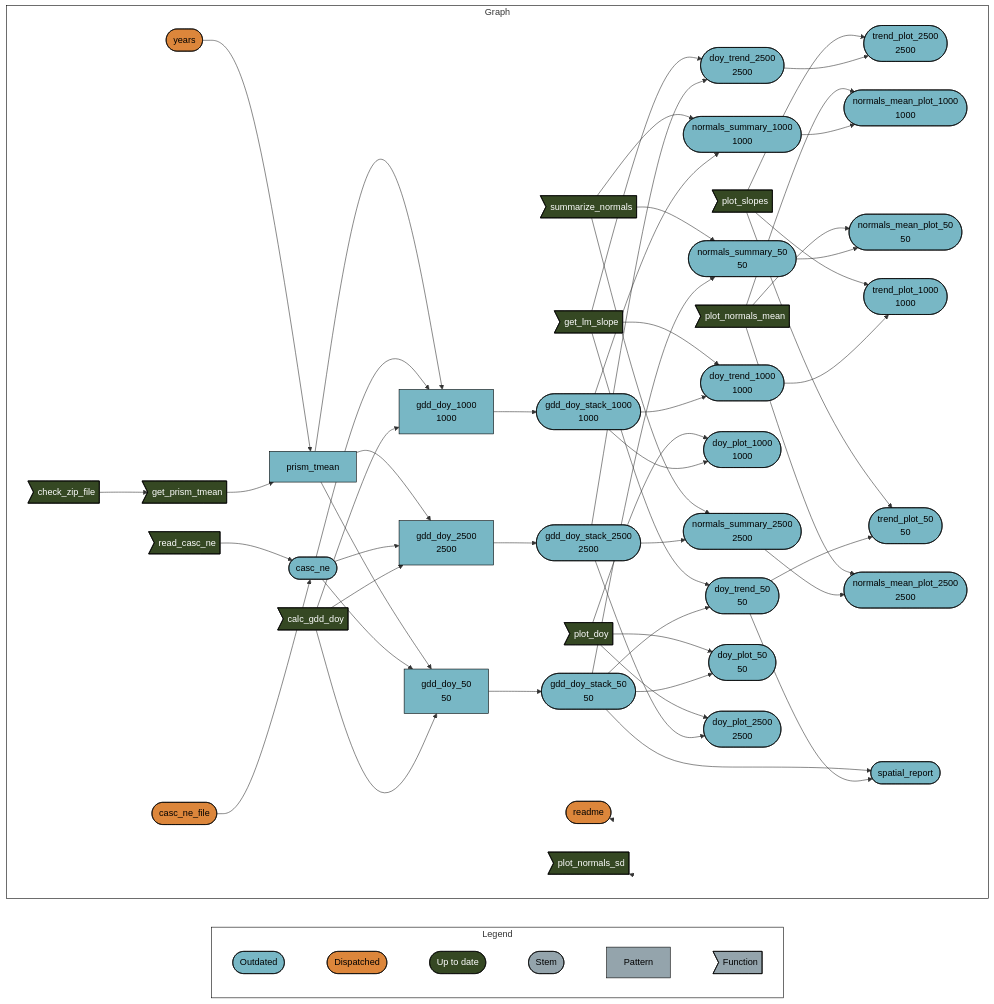
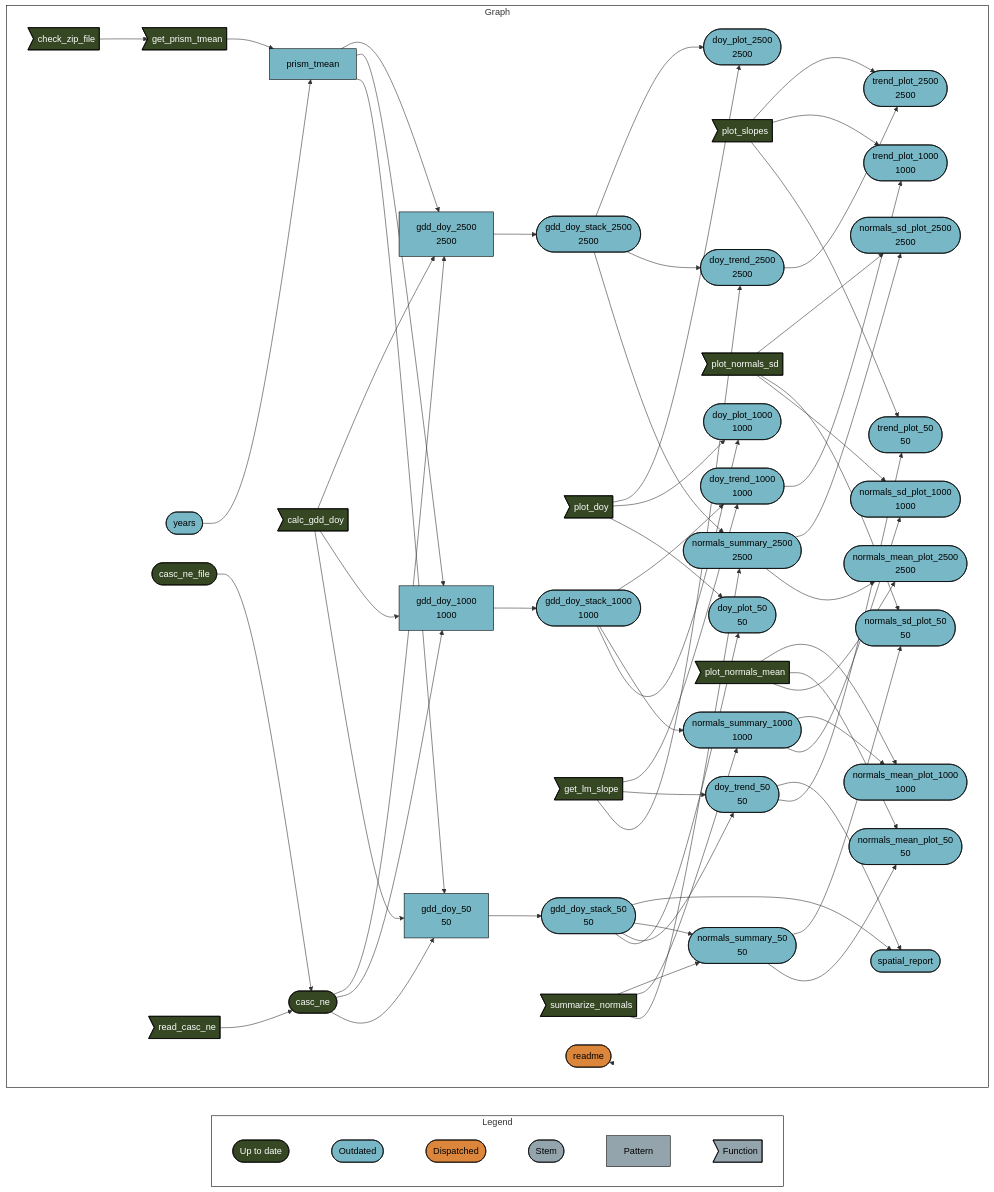
The diagram in README.md (usa-npn/thermal-trends), drawn with Mermaid before and after one commit. The commit also changed 8 other files, not shown here.

````diff
--- a/README.md
+++ b/README.md
@@ -34,78 +34,82 @@
 ``` mermaid
 graph LR
   style Legend fill:#FFFFFF00,stroke:#000000;
   style Graph fill:#FFFFFF00,stroke:#000000;
   subgraph Legend
     direction LR
+    xf1522833a4d242c5([""Up to date""]):::uptodate --- x2db1ec7a48f65a9b([""Outdated""]):::outdated
     x2db1ec7a48f65a9b([""Outdated""]):::outdated --- xb6630624a7b3aa0f([""Dispatched""]):::dispatched
-    xb6630624a7b3aa0f([""Dispatched""]):::dispatched --- xf1522833a4d242c5([""Up to date""]):::uptodate
-    xf1522833a4d242c5([""Up to date""]):::uptodate --- xd03d7c7dd2ddda2b([""Stem""]):::none
+    xb6630624a7b3aa0f([""Dispatched""]):::dispatched --- xd03d7c7dd2ddda2b([""Stem""]):::none
     xd03d7c7dd2ddda2b([""Stem""]):::none --- x6f7e04ea3427f824[""Pattern""]:::none
     x6f7e04ea3427f824[""Pattern""]:::none --- xeb2d7cac8a1ce544>""Function""]:::none
   end
   subgraph Graph
     direction LR
     xab9f05120e038f63>"check_zip_file"]:::uptodate --> x66b13d5a9d20761a>"get_prism_tmean"]:::uptodate
     xe29a7570fd64b783(["doy_trend_2500<br>2500"]):::outdated --> x4a7371f634a1c6ee(["trend_plot_2500<br>2500"]):::outdated
     x9c6eebcf51a630b0>"plot_slopes"]:::uptodate --> x4a7371f634a1c6ee(["trend_plot_2500<br>2500"]):::outdated
-    xff529209e87def7b["gdd_doy_1000<br>1000"]:::outdated --> x46cc5bc3b6c68c1a(["gdd_doy_stack_1000<br>1000"]):::outdated
+    xfdc192d56cd8f9ef(["normals_summary_2500<br>2500"]):::outdated --> x387144ee5a388fce(["normals_sd_plot_2500<br>2500"]):::outdated
+    x7913874ff1a7ce23>"plot_normals_sd"]:::uptodate --> x387144ee5a388fce(["normals_sd_plot_2500<br>2500"]):::outdated
+    x66b13d5a9d20761a>"get_prism_tmean"]:::uptodate --> xf1e1014b1abe0030["prism_tmean"]:::outdated
+    xf9ac23fbc741da6f(["years"]):::outdated --> xf1e1014b1abe0030["prism_tmean"]:::outdated
+    x21326ed6e10cd0d0(["gdd_doy_stack_2500<br>2500"]):::outdated --> x07c639dff4c1c0c9(["doy_plot_2500<br>2500"]):::outdated
+    x2d2070bf4c44e867>"plot_doy"]:::uptodate --> x07c639dff4c1c0c9(["doy_plot_2500<br>2500"]):::outdated
+    xd87e155a2058b73d(["normals_summary_50<br>50"]):::outdated --> xd07aca72e6461b3b(["normals_sd_plot_50<br>50"]):::outdated
+    x7913874ff1a7ce23>"plot_normals_sd"]:::uptodate --> xd07aca72e6461b3b(["normals_sd_plot_50<br>50"]):::outdated
+    x46cc5bc3b6c68c1a(["gdd_doy_stack_1000<br>1000"]):::outdated --> x05f2370eca178222(["doy_trend_1000<br>1000"]):::outdated
+    x5d601d40e571c532>"get_lm_slope"]:::uptodate --> x05f2370eca178222(["doy_trend_1000<br>1000"]):::outdated
+    x28c62ae9542e7849["gdd_doy_2500<br>2500"]:::outdated --> x21326ed6e10cd0d0(["gdd_doy_stack_2500<br>2500"]):::outdated
     x47d67438bee47c7b(["normals_summary_1000<br>1000"]):::outdated --> xd1093b48fdaa3b26(["normals_mean_plot_1000<br>1000"]):::outdated
     xdd6e5783f4aa3d91>"plot_normals_mean"]:::uptodate --> xd1093b48fdaa3b26(["normals_mean_plot_1000<br>1000"]):::outdated
-    xcff06c9512a11109>"calc_gdd_doy"]:::uptodate --> x28c62ae9542e7849["gdd_doy_2500<br>2500"]:::outdated
-    x6976cced396df4c9(["casc_ne"]):::outdated --> x28c62ae9542e7849["gdd_doy_2500<br>2500"]:::outdated
-    xf1e1014b1abe0030["prism_tmean"]:::outdated --> x28c62ae9542e7849["gdd_doy_2500<br>2500"]:::outdated
-    xb106621904434716(["casc_ne_file"]):::dispatched --> x6976cced396df4c9(["casc_ne"]):::outdated
-    x78206bf5e8c258ec>"read_casc_ne"]:::uptodate --> x6976cced396df4c9(["casc_ne"]):::outdated
-    xcff06c9512a11109>"calc_gdd_doy"]:::uptodate --> x786a1a0a06ddc553["gdd_doy_50<br>50"]:::outdated
-    x6976cced396df4c9(["casc_ne"]):::outdated --> x786a1a0a06ddc553["gdd_doy_50<br>50"]:::outdated
-    xf1e1014b1abe0030["prism_tmean"]:::outdated --> x786a1a0a06ddc553["gdd_doy_50<br>50"]:::outdated
+    x08bdbd4f78dad638(["doy_trend_50<br>50"]):::outdated --> xe6f43699e6499b95(["spatial_report"]):::outdated
+    x0b494d9bc4b357f4(["gdd_doy_stack_50<br>50"]):::outdated --> xe6f43699e6499b95(["spatial_report"]):::outdated
     xd87e155a2058b73d(["normals_summary_50<br>50"]):::outdated --> xb6b5b21811b62e8e(["normals_mean_plot_50<br>50"]):::outdated
     xdd6e5783f4aa3d91>"plot_normals_mean"]:::uptodate --> xb6b5b21811b62e8e(["normals_mean_plot_50<br>50"]):::outdated
+    xcff06c9512a11109>"calc_gdd_doy"]:::uptodate --> x28c62ae9542e7849["gdd_doy_2500<br>2500"]:::outdated
+    x6976cced396df4c9(["casc_ne"]):::uptodate --> x28c62ae9542e7849["gdd_doy_2500<br>2500"]:::outdated
+    xf1e1014b1abe0030["prism_tmean"]:::outdated --> x28c62ae9542e7849["gdd_doy_2500<br>2500"]:::outdated
+    x0b494d9bc4b357f4(["gdd_doy_stack_50<br>50"]):::outdated --> xd87e155a2058b73d(["normals_summary_50<br>50"]):::outdated
+    xf91ccb269c3645a7>"summarize_normals"]:::uptodate --> xd87e155a2058b73d(["normals_summary_50<br>50"]):::outdated
+    xb106621904434716(["casc_ne_file"]):::uptodate --> x6976cced396df4c9(["casc_ne"]):::uptodate
+    x78206bf5e8c258ec>"read_casc_ne"]:::uptodate --> x6976cced396df4c9(["casc_ne"]):::uptodate
+    x0b494d9bc4b357f4(["gdd_doy_stack_50<br>50"]):::outdated --> x08bdbd4f78dad638(["doy_trend_50<br>50"]):::outdated
+    x5d601d40e571c532>"get_lm_slope"]:::uptodate --> x08bdbd4f78dad638(["doy_trend_50<br>50"]):::outdated
+    xff529209e87def7b["gdd_doy_1000<br>1000"]:::outdated --> x46cc5bc3b6c68c1a(["gdd_doy_stack_1000<br>1000"]):::outdated
+    x21326ed6e10cd0d0(["gdd_doy_stack_2500<br>2500"]):::outdated --> xe29a7570fd64b783(["doy_trend_2500<br>2500"]):::outdated
+    x5d601d40e571c532>"get_lm_slope"]:::uptodate --> xe29a7570fd64b783(["doy_trend_2500<br>2500"]):::outdated
+    x46cc5bc3b6c68c1a(["gdd_doy_stack_1000<br>1000"]):::outdated --> x47d67438bee47c7b(["normals_summary_1000<br>1000"]):::outdated
+    xf91ccb269c3645a7>"summarize_normals"]:::uptodate --> x47d67438bee47c7b(["normals_summary_1000<br>1000"]):::outdated
+    xfdc192d56cd8f9ef(["normals_summary_2500<br>2500"]):::outdated --> xa1c9e5079d21856f(["normals_mean_plot_2500<br>2500"]):::outdated
+    xdd6e5783f4aa3d91>"plot_normals_mean"]:::uptodate --> xa1c9e5079d21856f(["normals_mean_plot_2500<br>2500"]):::outdated
+    xcff06c9512a11109>"calc_gdd_doy"]:::uptodate --> xff529209e87def7b["gdd_doy_1000<br>1000"]:::outdated
+    x6976cced396df4c9(["casc_ne"]):::uptodate --> xff529209e87def7b["gdd_doy_1000<br>1000"]:::outdated
+    xf1e1014b1abe0030["prism_tmean"]:::outdated --> xff529209e87def7b["gdd_doy_1000<br>1000"]:::outdated
+    xcff06c9512a11109>"calc_gdd_doy"]:::uptodate --> x786a1a0a06ddc553["gdd_doy_50<br>50"]:::outdated
+    x6976cced396df4c9(["casc_ne"]):::uptodate --> x786a1a0a06ddc553["gdd_doy_50<br>50"]:::outdated
+    xf1e1014b1abe0030["prism_tmean"]:::outdated --> x786a1a0a06ddc553["gdd_doy_50<br>50"]:::outdated
     x05f2370eca178222(["doy_trend_1000<br>1000"]):::outdated --> x31a3593b535e23c4(["trend_plot_1000<br>1000"]):::outdated
     x9c6eebcf51a630b0>"plot_slopes"]:::uptodate --> x31a3593b535e23c4(["trend_plot_1000<br>1000"]):::outdated
-    x21326ed6e10cd0d0(["gdd_doy_stack_2500<br>2500"]):::outdated --> xe29a7570fd64b783(["doy_trend_2500<br>2500"]):::outdated
-    x5d601d40e571c532>"get_lm_slope"]:::uptodate --> xe29a7570fd64b783(["doy_trend_2500<br>2500"]):::outdated
+    x47d67438bee47c7b(["normals_summary_1000<br>1000"]):::outdated --> x042637b768dd479e(["normals_sd_plot_1000<br>1000"]):::outdated
+    x7913874ff1a7ce23>"plot_normals_sd"]:::uptodate --> x042637b768dd479e(["normals_sd_plot_1000<br>1000"]):::outdated
     x46cc5bc3b6c68c1a(["gdd_doy_stack_1000<br>1000"]):::outdated --> x2c8ecb326142bdff(["doy_plot_1000<br>1000"]):::outdated
     x2d2070bf4c44e867>"plot_doy"]:::uptodate --> x2c8ecb326142bdff(["doy_plot_1000<br>1000"]):::outdated
     x08bdbd4f78dad638(["doy_trend_50<br>50"]):::outdated --> x5a26c52d2d28f1dc(["trend_plot_50<br>50"]):::outdated
     x9c6eebcf51a630b0>"plot_slopes"]:::uptodate --> x5a26c52d2d28f1dc(["trend_plot_50<br>50"]):::outdated
-    x0b494d9bc4b357f4(["gdd_doy_stack_50<br>50"]):::outdated --> x08bdbd4f78dad638(["doy_trend_50<br>50"]):::outdated
-    x5d601d40e571c532>"get_lm_slope"]:::uptodate --> x08bdbd4f78dad638(["doy_trend_50<br>50"]):::outdated
-    x46cc5bc3b6c68c1a(["gdd_doy_stack_1000<br>1000"]):::outdated --> x47d67438bee47c7b(["normals_summary_1000<br>1000"]):::outdated
-    xf91ccb269c3645a7>"summarize_normals"]:::uptodate --> x47d67438bee47c7b(["normals_summary_1000<br>1000"]):::outdated
-    x28c62ae9542e7849["gdd_doy_2500<br>2500"]:::outdated --> x21326ed6e10cd0d0(["gdd_doy_stack_2500<br>2500"]):::outdated
-    x46cc5bc3b6c68c1a(["gdd_doy_stack_1000<br>1000"]):::outdated --> x05f2370eca178222(["doy_trend_1000<br>1000"]):::outdated
-    x5d601d40e571c532>"get_lm_slope"]:::uptodate --> x05f2370eca178222(["doy_trend_1000<br>1000"]):::outdated
-    xfdc192d56cd8f9ef(["normals_summary_2500<br>2500"]):::outdated --> xa1c9e5079d21856f(["normals_mean_plot_2500<br>2500"]):::outdated
-    xdd6e5783f4aa3d91>"plot_normals_mean"]:::uptodate --> xa1c9e5079d21856f(["normals_mean_plot_2500<br>2500"]):::outdated
-    x08bdbd4f78dad638(["doy_trend_50<br>50"]):::outdated --> xe6f43699e6499b95(["spatial_report"]):::outdated
-    x0b494d9bc4b357f4(["gdd_doy_stack_50<br>50"]):::outdated --> xe6f43699e6499b95(["spatial_report"]):::outdated
     x0b494d9bc4b357f4(["gdd_doy_stack_50<br>50"]):::outdated --> x233d6af147d6e9d1(["doy_plot_50<br>50"]):::outdated
     x2d2070bf4c44e867>"plot_doy"]:::uptodate --> x233d6af147d6e9d1(["doy_plot_50<br>50"]):::outdated
-    xcff06c9512a11109>"calc_gdd_doy"]:::uptodate --> xff529209e87def7b["gdd_doy_1000<br>1000"]:::outdated
-    x6976cced396df4c9(["casc_ne"]):::outdated --> xff529209e87def7b["gdd_doy_1000<br>1000"]:::outdated
-    xf1e1014b1abe0030["prism_tmean"]:::outdated --> xff529209e87def7b["gdd_doy_1000<br>1000"]:::outdated
-    x21326ed6e10cd0d0(["gdd_doy_stack_2500<br>2500"]):::outdated --> x07c639dff4c1c0c9(["doy_plot_2500<br>2500"]):::outdated
-    x2d2070bf4c44e867>"plot_doy"]:::uptodate --> x07c639dff4c1c0c9(["doy_plot_2500<br>2500"]):::outdated
-    x66b13d5a9d20761a>"get_prism_tmean"]:::uptodate --> xf1e1014b1abe0030["prism_tmean"]:::outdated
-    xf9ac23fbc741da6f(["years"]):::dispatched --> xf1e1014b1abe0030["prism_tmean"]:::outdated
-    x0b494d9bc4b357f4(["gdd_doy_stack_50<br>50"]):::outdated --> xd87e155a2058b73d(["normals_summary_50<br>50"]):::outdated
-    xf91ccb269c3645a7>"summarize_normals"]:::uptodate --> xd87e155a2058b73d(["normals_summary_50<br>50"]):::outdated
     x21326ed6e10cd0d0(["gdd_doy_stack_2500<br>2500"]):::outdated --> xfdc192d56cd8f9ef(["normals_summary_2500<br>2500"]):::outdated
     xf91ccb269c3645a7>"summarize_normals"]:::uptodate --> xfdc192d56cd8f9ef(["normals_summary_2500<br>2500"]):::outdated
     x786a1a0a06ddc553["gdd_doy_50<br>50"]:::outdated --> x0b494d9bc4b357f4(["gdd_doy_stack_50<br>50"]):::outdated
     xc11069275cfeb620(["readme"]):::dispatched --> xc11069275cfeb620(["readme"]):::dispatched
-    x7913874ff1a7ce23>"plot_normals_sd"]:::uptodate --> x7913874ff1a7ce23>"plot_normals_sd"]:::uptodate
   end
+  classDef uptodate stroke:#000000,color:#ffffff,fill:#354823;
   classDef outdated stroke:#000000,color:#000000,fill:#78B7C5;
   classDef dispatched stroke:#000000,color:#000000,fill:#DC863B;
-  classDef uptodate stroke:#000000,color:#ffffff,fill:#354823;
   classDef none stroke:#000000,color:#000000,fill:#94a4ac;
   linkStyle 0 stroke-width:0px;
   linkStyle 1 stroke-width:0px;
   linkStyle 2 stroke-width:0px;
   linkStyle 3 stroke-width:0px;
   linkStyle 4 stroke-width:0px;
-  linkStyle 54 stroke-width:0px;
-  linkStyle 55 stroke-width:0px;
+  linkStyle 60 stroke-width:0px;
 ```
````
